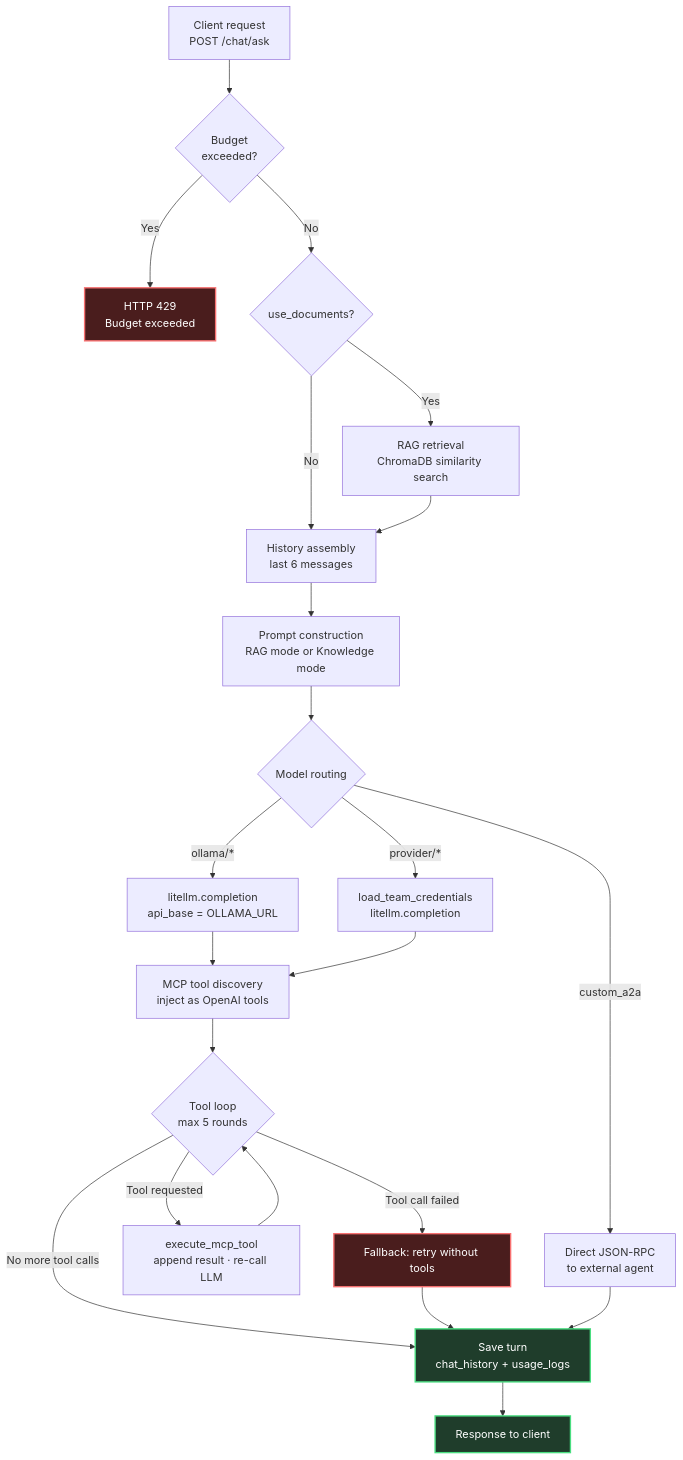
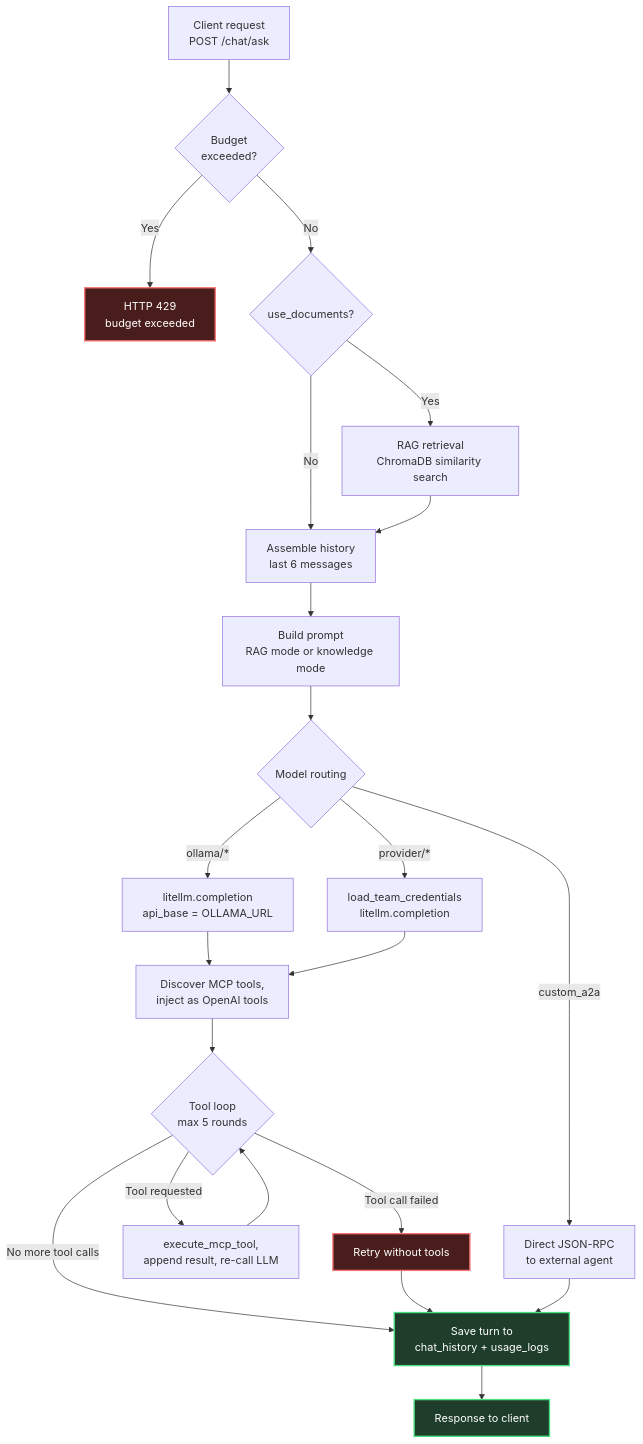
Before and after one commit to sushant-mishra-dtu/coworkAI: the second of 4 diagrams in README.md, drawn with Mermaid. The commit also changed other lines of this file and 2 other files, not shown here.

````diff
--- a/README.md
+++ b/README.md
@@ -103,31 +105,31 @@
 ```mermaid
 flowchart TD
     A["Client request<br/>POST /chat/ask"] --> B{"Budget<br/>exceeded?"}
-    B -->|"Yes"| B1["HTTP 429<br/>Budget exceeded"]
+    B -->|"Yes"| B1["HTTP 429<br/>budget exceeded"]
     B -->|"No"| C{"use_documents?"}
     C -->|"Yes"| C1["RAG retrieval<br/>ChromaDB similarity search"]
-    C -->|"No"| D["History assembly<br/>last 6 messages"]
+    C -->|"No"| D["Assemble history<br/>last 6 messages"]
     C1 --> D
-    D --> E["Prompt construction<br/>RAG mode or Knowledge mode"]
+    D --> E["Build prompt<br/>RAG mode or knowledge mode"]
     E --> F{"Model routing"}
 
     F -->|"custom_a2a"| G1["Direct JSON-RPC<br/>to external agent"]
     F -->|"ollama/*"| G2["litellm.completion<br/>api_base = OLLAMA_URL"]
     F -->|"provider/*"| G3["load_team_credentials<br/>litellm.completion"]
 
-    G2 --> H["MCP tool discovery<br/>inject as OpenAI tools"]
+    G2 --> H["Discover MCP tools,<br/>inject as OpenAI tools"]
     G3 --> H
     H --> I{"Tool loop<br/>max 5 rounds"}
-    I -->|"Tool requested"| I1["execute_mcp_tool<br/>append result · re-call LLM"]
+    I -->|"Tool requested"| I1["execute_mcp_tool,<br/>append result, re-call LLM"]
     I1 --> I
-    I -->|"Tool call failed"| I2["Fallback: retry without tools"]
-    I -->|"No more tool calls"| J["Save turn<br/>chat_history + usage_logs"]
+    I -->|"Tool call failed"| I2["Retry without tools"]
+    I -->|"No more tool calls"| J["Save turn to<br/>chat_history + usage_logs"]
     I2 --> J
     G1 --> J
     J --> K["Response to client"]
 
     classDef err fill:#4a1d1d,stroke:#f87171,stroke-width:2px,color:#fff
     classDef ok fill:#1f3d2b,stroke:#4ade80,stroke-width:2px,color:#fff
     class B1,I2 err
     class J,K ok
 ```
````
